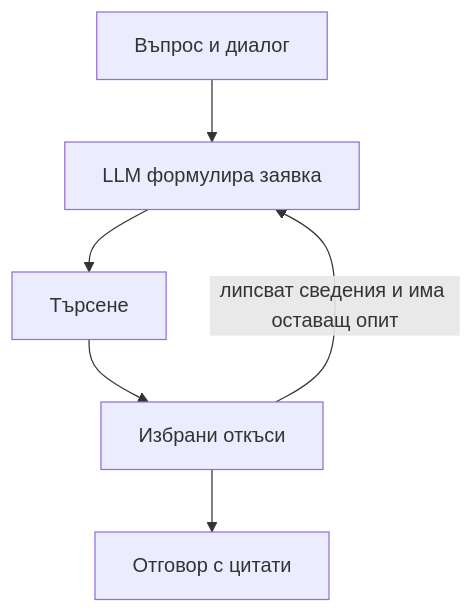
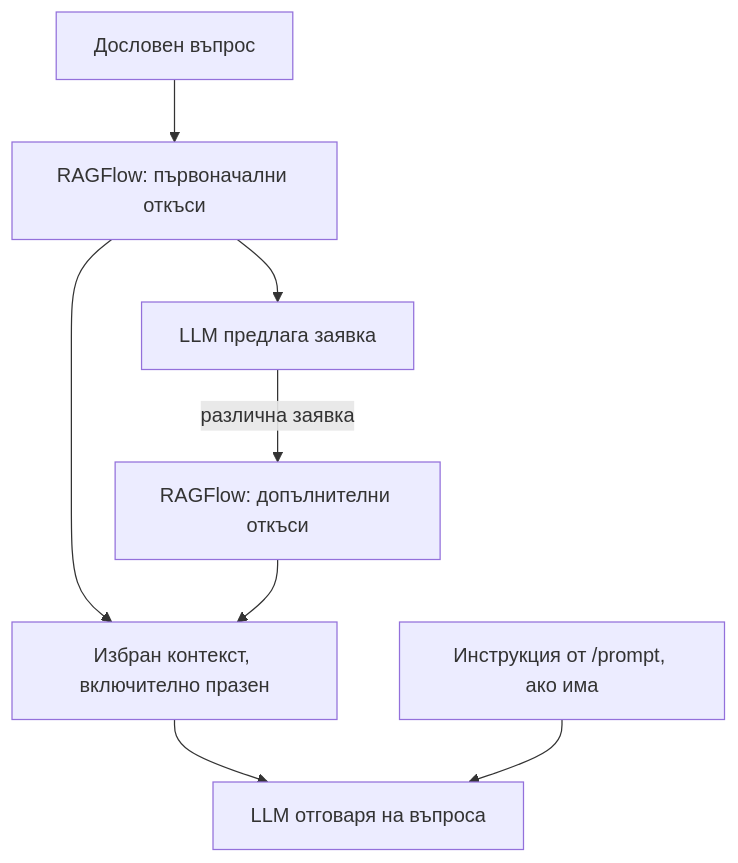
Before and after one commit to damyan-deshev/rag-demo-system: the fourth of 4 diagrams in README.md, drawn with Mermaid. The commit also changed other lines of this file and 3 other files, not shown here.

````diff
--- a/README.md
+++ b/README.md
@@ -106,7 +117,10 @@
 ```mermaid
 flowchart TD
-  Q["Въпрос и диалог"] --> W["LLM формулира заявка"] --> R["Търсене"]
-  R --> E["Избрани откъси"]
-  E -->|липсват сведения и има оставащ опит| W
-  E --> A["Отговор с цитати"]
+  Q["Дословен въпрос"] --> B["RAGFlow: първоначални откъси"]
+  B --> W["LLM предлага заявка"]
+  W -->|различна заявка| R["RAGFlow: допълнителни откъси"]
+  B --> E["Избран контекст, включително празен"]
+  R --> E
+  E --> A["LLM отговаря на въпроса"]
+  P["Инструкция от /prompt, ако има"] --> A
 ```
````
